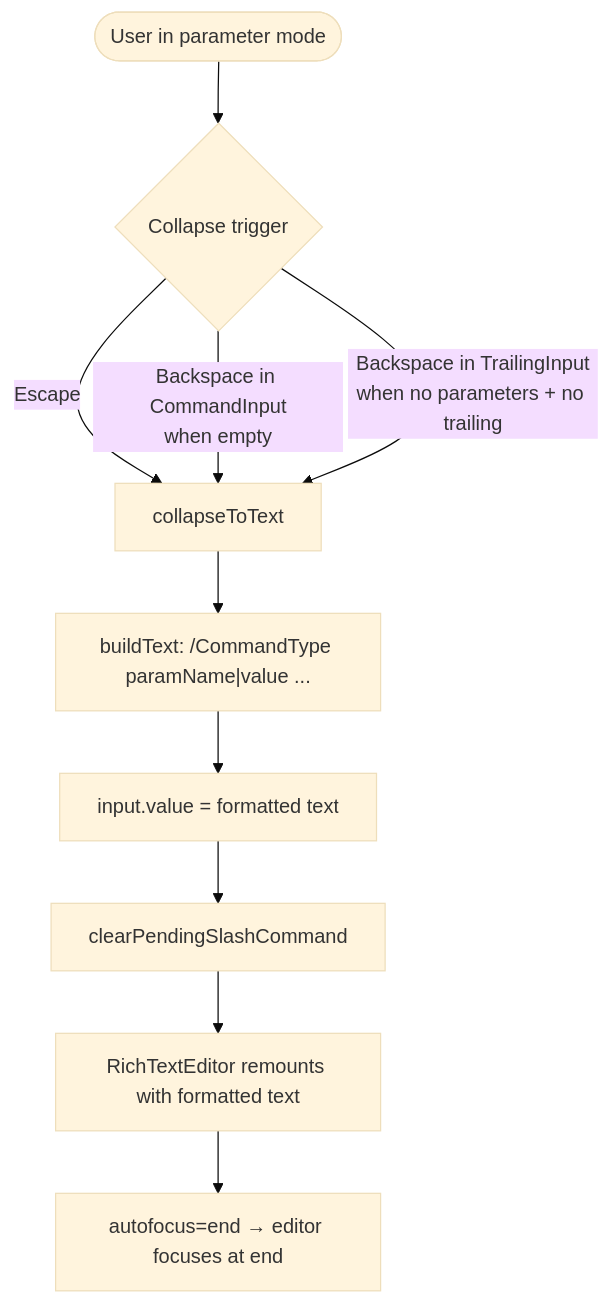
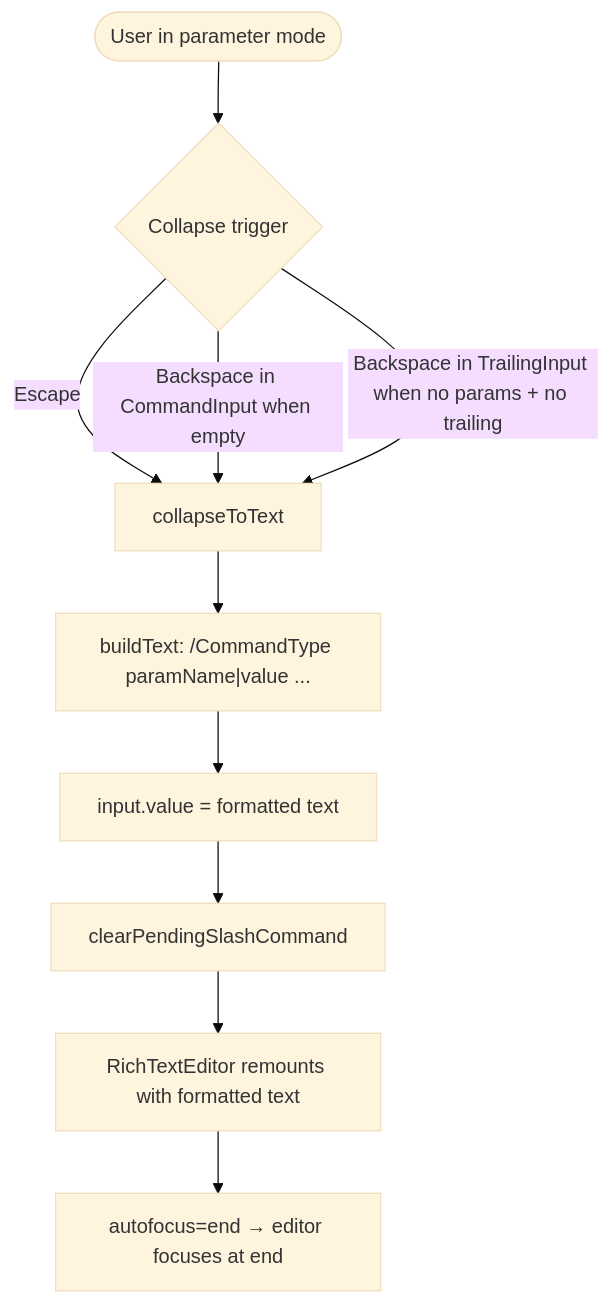
The fourth of 4 diagrams in features/esbabbler/specs/slash-commands.md (Esposter/Esposter), drawn with Mermaid (base theme) before and after one commit. The commit also changed other lines of this file and 2 other files, not shown here.

````diff
--- a/features/esbabbler/specs/slash-commands.md
+++ b/features/esbabbler/specs/slash-commands.md
@@ -151,12 +195,12 @@
 ```mermaid
 flowchart TD
     A([User in parameter mode]) --> B{Collapse trigger}
     B -->|Escape| C[collapseToText]
-    B -->|Backspace in CommandInput<br/>when empty| C
-    B -->|Backspace in TrailingInput<br/>when no parameters + no trailing| C
+    B -->|Backspace in CommandInput when empty| C
+    B -->|Backspace in TrailingInput when no params + no trailing| C
     C --> D["buildText: /CommandType paramName|value ..."]
     D --> E[input.value = formatted text]
     E --> F[clearPendingSlashCommand]
     F --> G[RichTextEditor remounts with formatted text]
     G --> H[autofocus=end → editor focuses at end]
 ```
````
